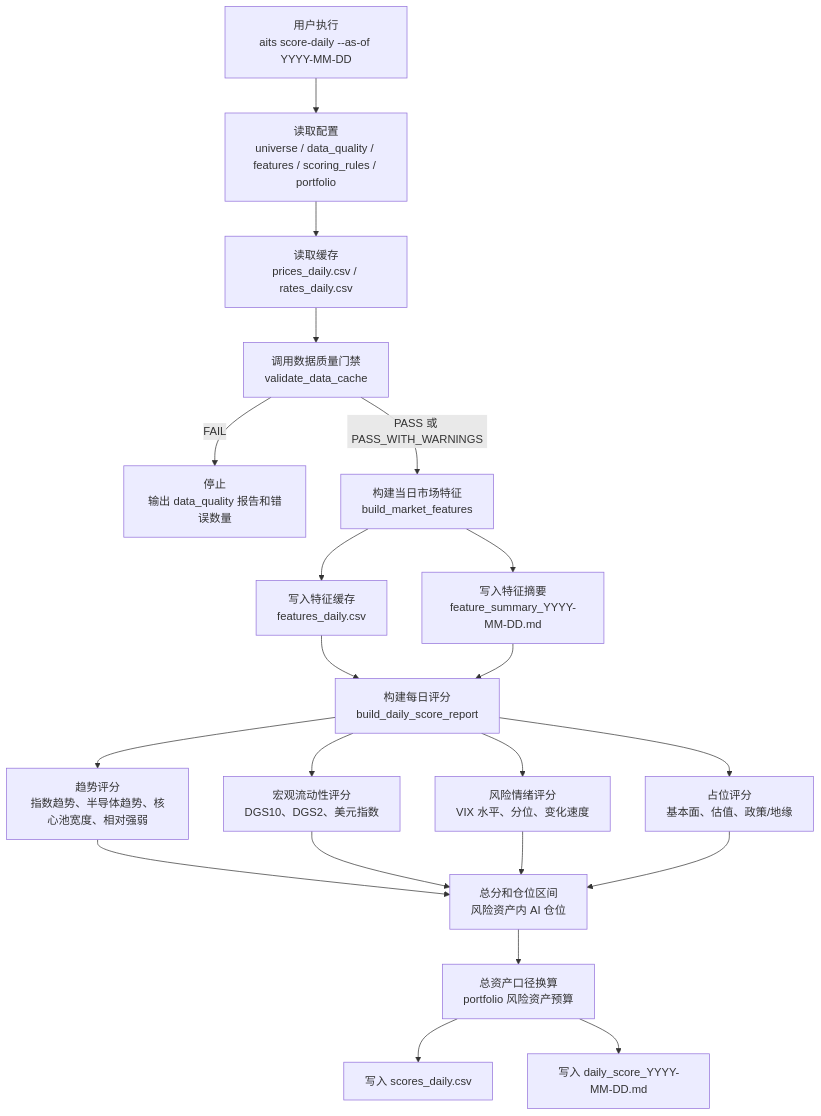
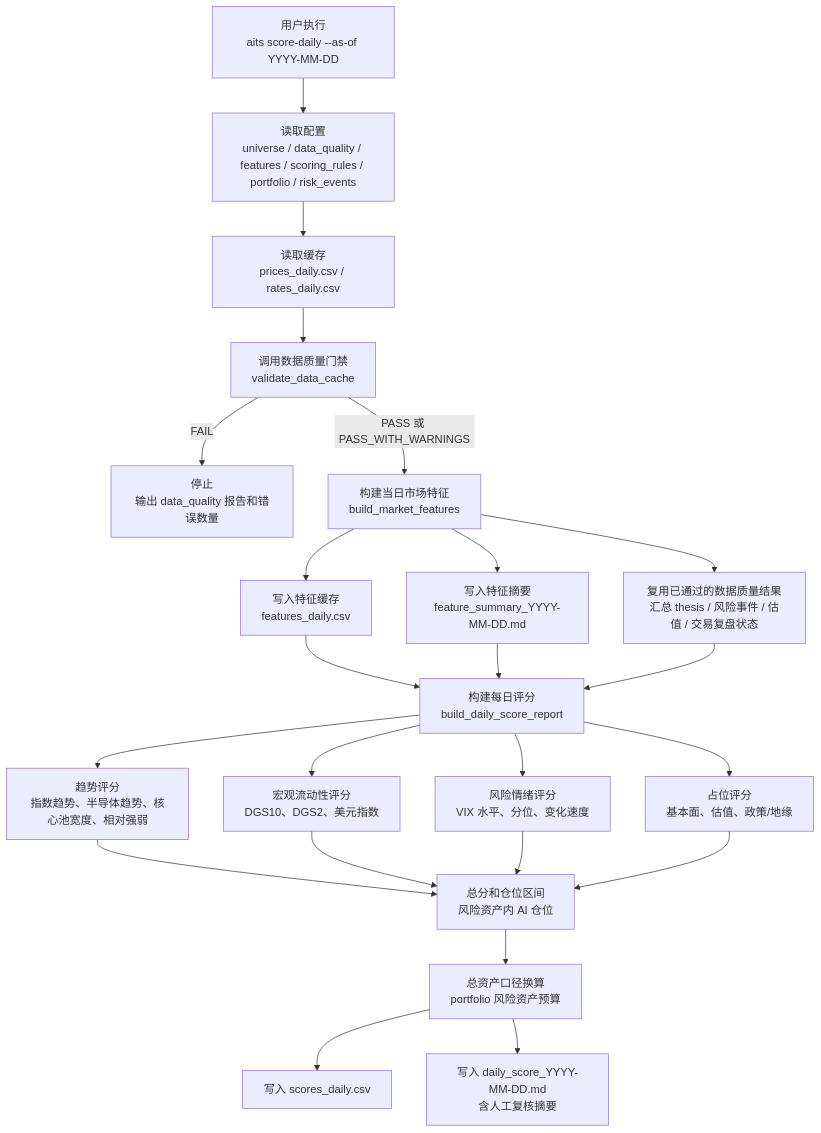
One commit to AI-Trading-Collaboration/AITradingSystem changed the second of 5 diagrams in docs/system_flow.md. Above: the diagram before and after it, drawn with Mermaid. The commit also changed other lines of this file and 8 other files, not shown here.

````diff
--- a/docs/system_flow.md
+++ b/docs/system_flow.md
@@ -182,23 +186,25 @@
 ```mermaid
 flowchart TD
-    A["用户执行<br/>aits score-daily --as-of YYYY-MM-DD"] --> B["读取配置<br/>universe / data_quality / features / scoring_rules / portfolio"]
+    A["用户执行<br/>aits score-daily --as-of YYYY-MM-DD"] --> B["读取配置<br/>universe / data_quality / features / scoring_rules / portfolio / risk_events"]
     B --> C["读取缓存<br/>prices_daily.csv / rates_daily.csv"]
     C --> D["调用数据质量门禁<br/>validate_data_cache"]
     D -->|FAIL| E["停止<br/>输出 data_quality 报告和错误数量"]
     D -->|PASS 或 PASS_WITH_WARNINGS| F["构建当日市场特征<br/>build_market_features"]
     F --> G["写入特征缓存<br/>features_daily.csv"]
     F --> H["写入特征摘要<br/>feature_summary_YYYY-MM-DD.md"]
+    F --> R["复用已通过的数据质量结果<br/>汇总 thesis / 风险事件 / 估值 / 交易复盘状态"]
     G --> I["构建每日评分<br/>build_daily_score_report"]
     H --> I
+    R --> I
     I --> J["趋势评分<br/>指数趋势、半导体趋势、核心池宽度、相对强弱"]
     I --> K["宏观流动性评分<br/>DGS10、DGS2、美元指数"]
     I --> L["风险情绪评分<br/>VIX 水平、分位、变化速度"]
     I --> M["占位评分<br/>基本面、估值、政策/地缘"]
     J --> N["总分和仓位区间<br/>风险资产内 AI 仓位"]
     K --> N
     L --> N
     M --> N
     N --> O["总资产口径换算<br/>portfolio 风险资产预算"]
     O --> P["写入 scores_daily.csv"]
-    O --> Q["写入 daily_score_YYYY-MM-DD.md"]
+    O --> Q["写入 daily_score_YYYY-MM-DD.md<br/>含人工复核摘要"]
 ```
````
